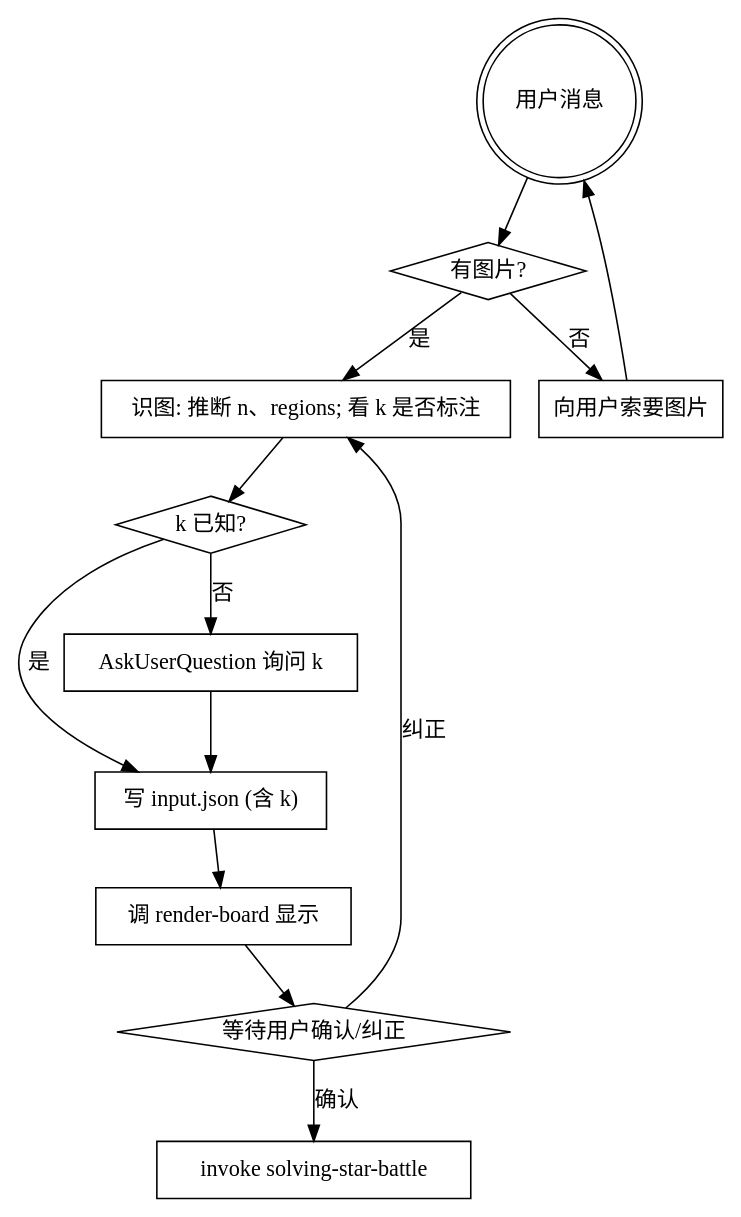
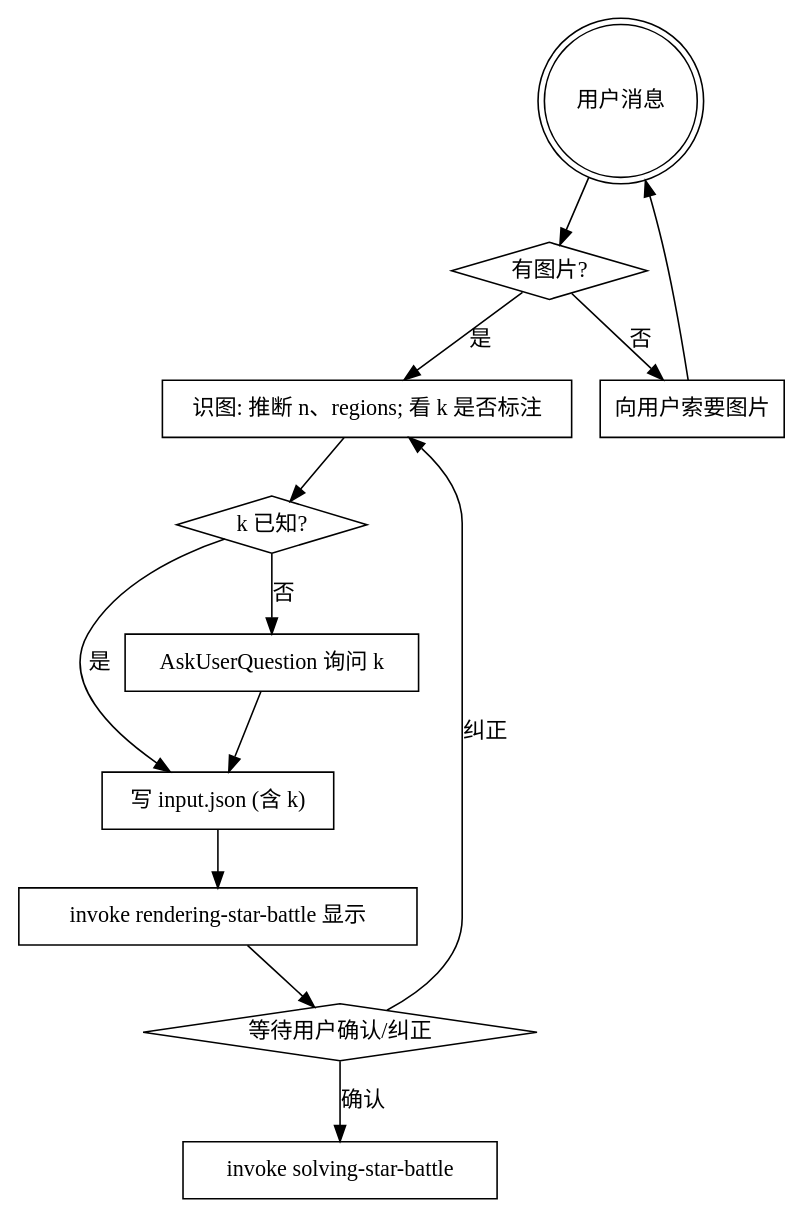
One commit to HakurouKen/puzzle-solver changed the diagram in packages/star-battle/skills/decoding-star-battle/SKILL.md. Above: the diagram before and after it, drawn with Graphviz. The commit also changed other lines of this file and 1 other file, not shown here.

Commit message:
docs: SKILL.md 适配 skill-first / output.json / invoke rendering

````diff
--- a/packages/star-battle/skills/decoding-star-battle/SKILL.md
+++ b/packages/star-battle/skills/decoding-star-battle/SKILL.md
@@ -12,25 +12,25 @@
 ```dot
 digraph flow {
     "用户消息" [shape=doublecircle];
     "有图片?" [shape=diamond];
     "向用户索要图片" [shape=box];
     "识图: 推断 n、regions; 看 k 是否标注" [shape=box];
     "k 已知?" [shape=diamond];
     "AskUserQuestion 询问 k" [shape=box];
     "写 input.json (含 k)" [shape=box];
-    "调 render-board 显示" [shape=box];
+    "invoke rendering-star-battle 显示" [shape=box];
     "等待用户确认/纠正" [shape=diamond];
     "invoke solving-star-battle" [shape=box];
     "用户消息" -> "有图片?";
     "有图片?" -> "识图: 推断 n、regions; 看 k 是否标注" [label="是"];
     "有图片?" -> "向用户索要图片" [label="否"];
     "向用户索要图片" -> "用户消息";
     "识图: 推断 n、regions; 看 k 是否标注" -> "k 已知?";
     "k 已知?" -> "写 input.json (含 k)" [label="是"];
     "k 已知?" -> "AskUserQuestion 询问 k" [label="否"];
     "AskUserQuestion 询问 k" -> "写 input.json (含 k)";
-    "写 input.json (含 k)" -> "调 render-board 显示" -> "等待用户确认/纠正";
+    "写 input.json (含 k)" -> "invoke rendering-star-battle 显示" -> "等待用户确认/纠正";
     "等待用户确认/纠正" -> "invoke solving-star-battle" [label="确认"];
     "等待用户确认/纠正" -> "识图: 推断 n、regions; 看 k 是否标注" [label="纠正"];
 }
 ```
````
